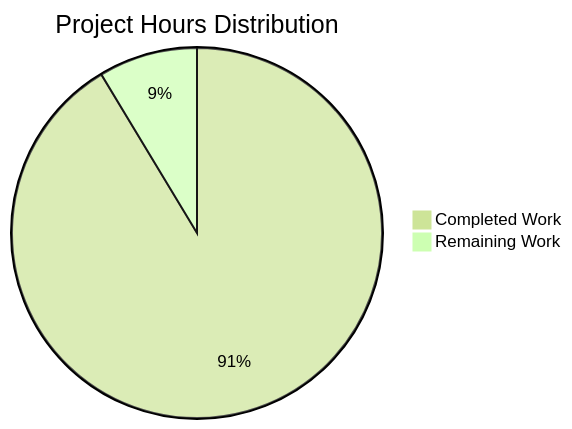
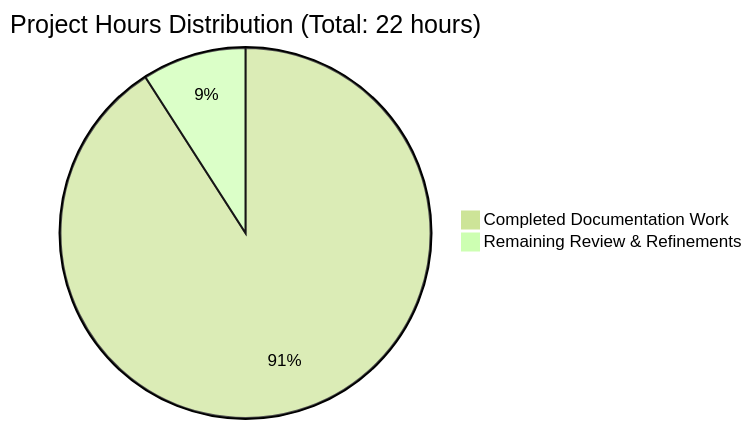
Before and after one commit to lakshya-blitzy/hello_world_lakshya_github: the diagram in blitzy/documentation/Project Guide.md, drawn with Mermaid (forest theme). The commit also changed other lines of this file, not shown here.

Commit message:
Adding Blitzy Project Guide: Project Status and Human Tasks Remaining

````diff
--- a/blitzy/documentation/Project Guide.md
+++ b/blitzy/documentation/Project Guide.md
@@ -65,5 +39,5 @@
 ```mermaid
-pie title Project Hours Distribution
-    "Completed Work" : 37
-    "Remaining Work" : 3.5
+pie title Project Hours Distribution (Total: 22 hours)
+    "Completed Documentation Work" : 20
+    "Remaining Review & Refinements" : 2
 ```
````
